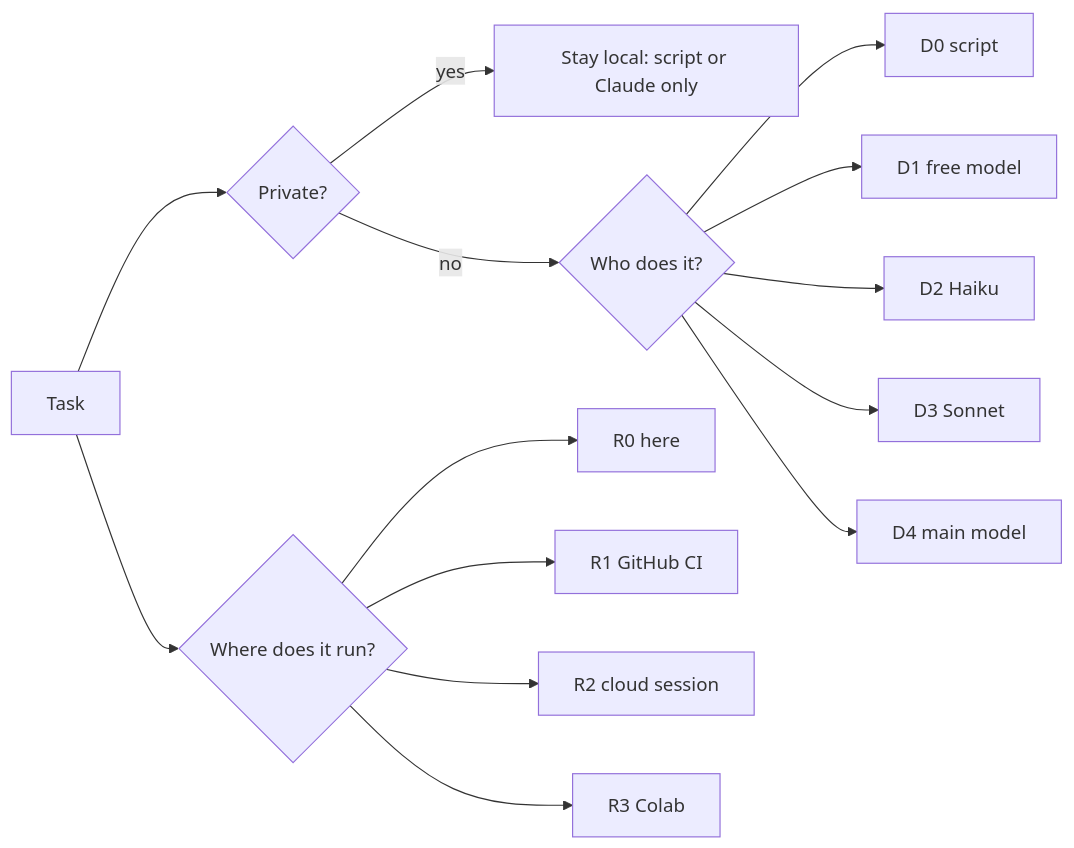
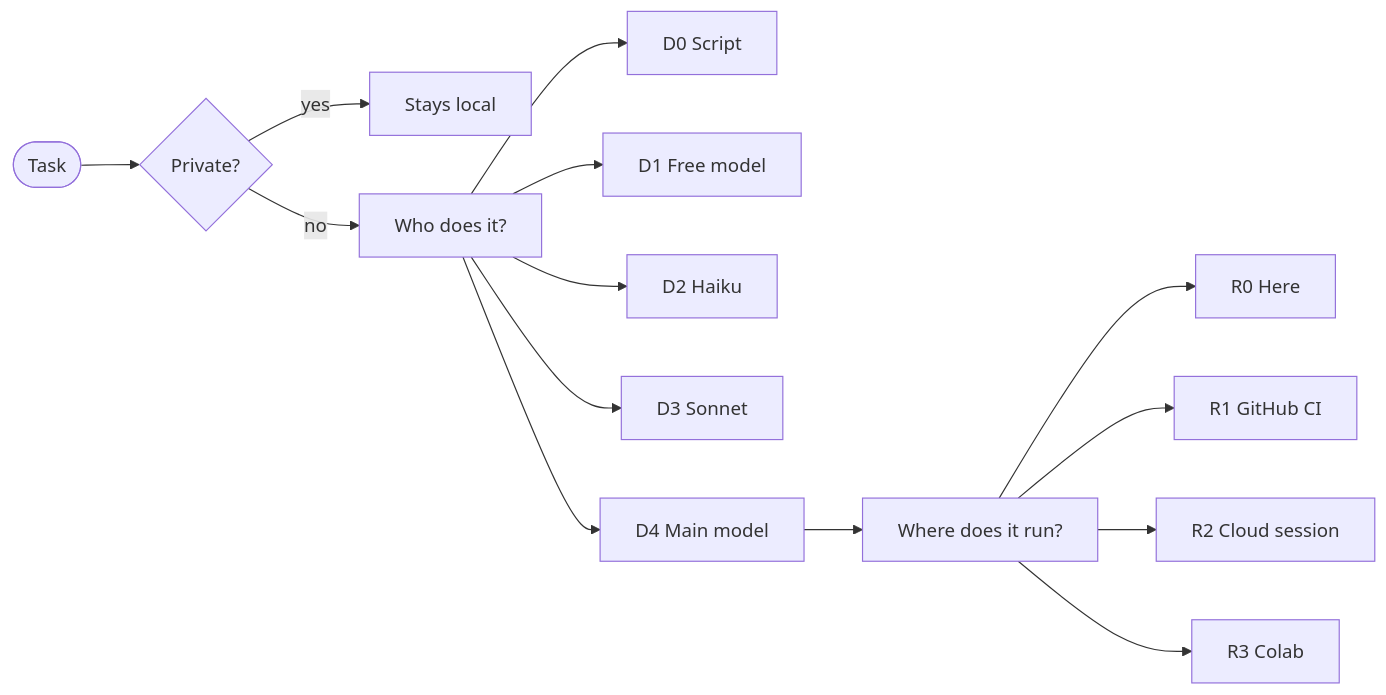
Before and after one commit to shifulegend/route-task: the diagram in README.md, drawn with Mermaid. The commit also changed other lines of this file and 3 other files, not shown here.

````diff
--- a/README.md
+++ b/README.md
@@ -9,16 +13,16 @@
 ```mermaid
 flowchart LR
-    T[Task] --> P{Private?}
-    P -- yes --> L[Stay local: script or Claude only]
-    P -- no --> D{Who does it?}
-    D --> D0[D0 script]
-    D --> D1[D1 free model]
+    T([Task]) --> P{Private?}
+    P -- yes --> L[Stays local]
+    P -- no --> D[Who does it?]
+    D --> D0[D0 Script]
+    D --> D1[D1 Free model]
     D --> D2[D2 Haiku]
     D --> D3[D3 Sonnet]
-    D --> D4[D4 main model]
-    T --> R{Where does it run?}
-    R --> R0[R0 here]
+    D --> D4[D4 Main model]
+    D4 --> R[Where does it run?]
+    R --> R0[R0 Here]
     R --> R1[R1 GitHub CI]
-    R --> R2[R2 cloud session]
+    R --> R2[R2 Cloud session]
     R --> R3[R3 Colab]
 ```
````
